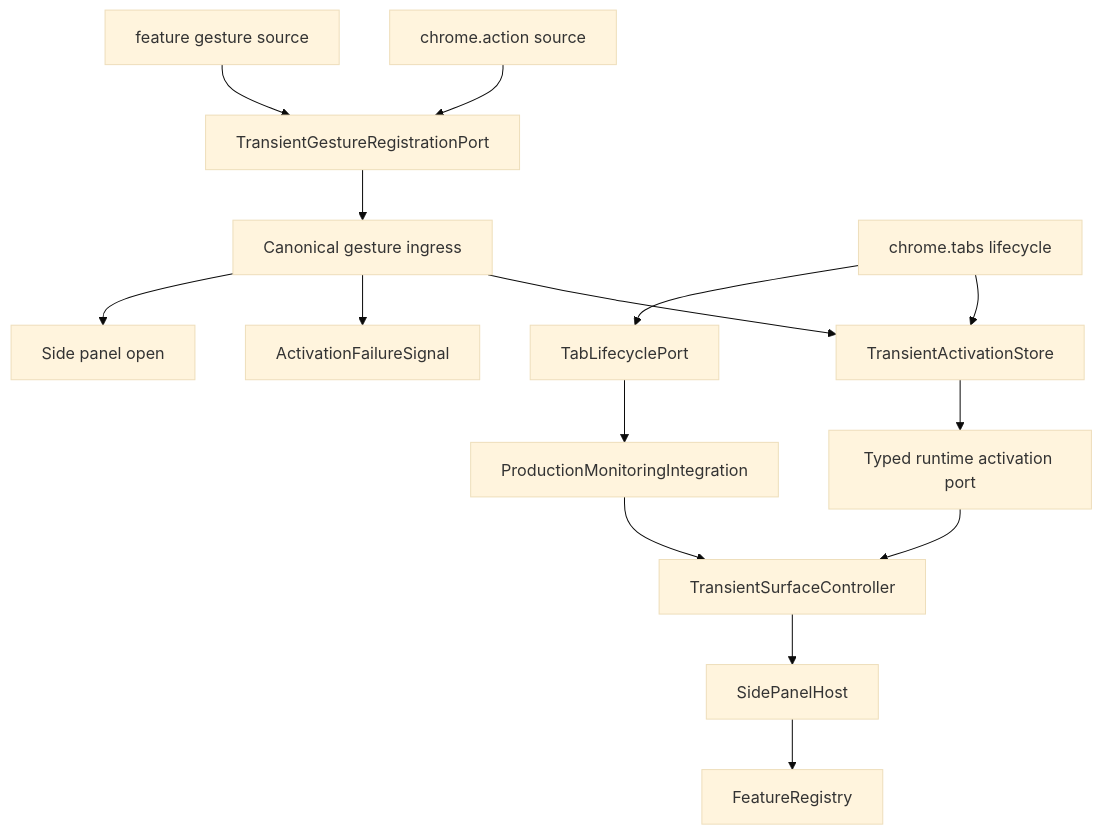
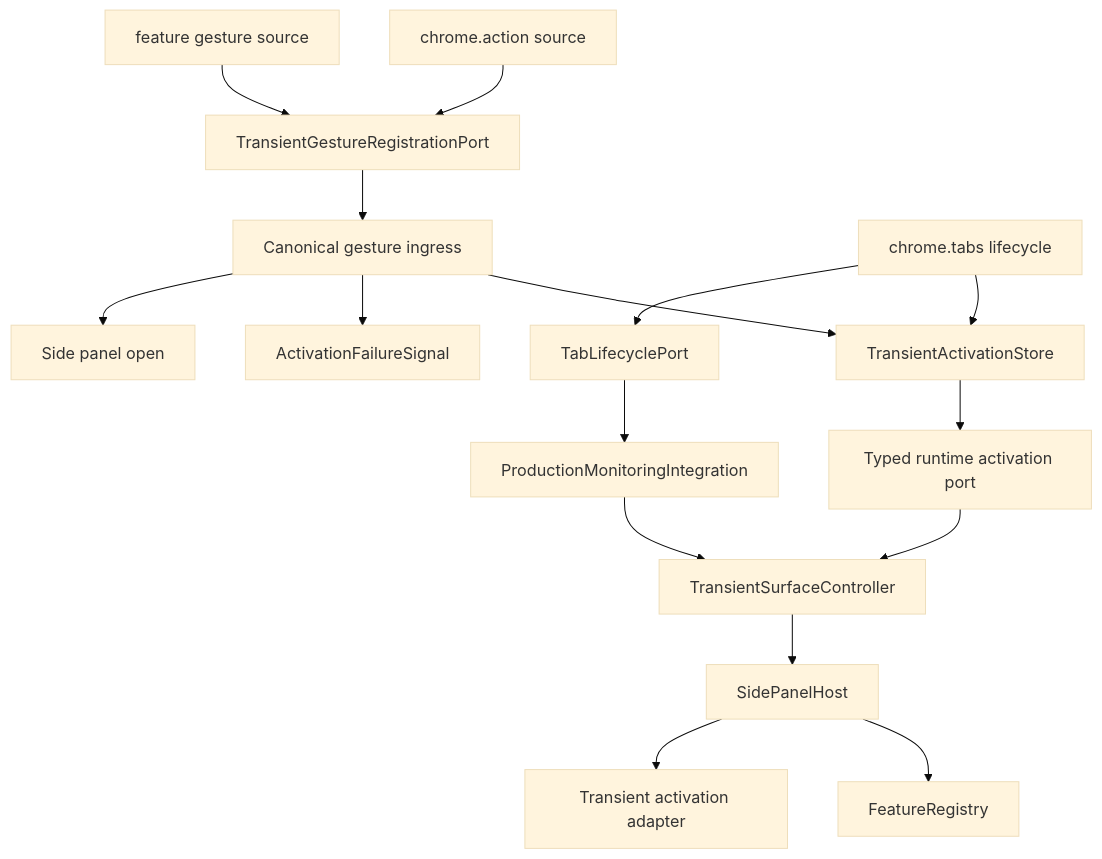
Before and after one commit to Huruikagi/pc-build-planner: the first of 2 diagrams in .kiro/specs/transient-feature-surface/design.md, drawn with Mermaid (base theme). The commit also changed other lines of this file and 4 other files, not shown here.

Commit message:
docs(transient-feature-surface): define mount-before-activation contract

````diff
--- a/.kiro/specs/transient-feature-surface/design.md
+++ b/.kiro/specs/transient-feature-surface/design.md
@@ -94,17 +96,18 @@
 ```mermaid
 graph TB
     Action["chrome.action source"] --> Registration["TransientGestureRegistrationPort"]
     FeatureGesture["feature gesture source"] --> Registration
     Registration --> Ingress["Canonical gesture ingress"]
     Ingress --> Store["TransientActivationStore"]
     Ingress --> FailureSignal["ActivationFailureSignal"]
     Ingress --> PanelOpen["Side panel open"]
     Tabs["chrome.tabs lifecycle"] --> Store
     Store --> Port["Typed runtime activation port"]
     Tabs --> TabPort["TabLifecyclePort"]
     Port --> Controller["TransientSurfaceController"]
     TabPort --> Monitoring["ProductionMonitoringIntegration"]
     Monitoring --> Controller
     Controller --> Host["SidePanelHost"]
     Host --> Registry["FeatureRegistry"]
+    Host --> Activation["Transient activation adapter"]
 ```
````
